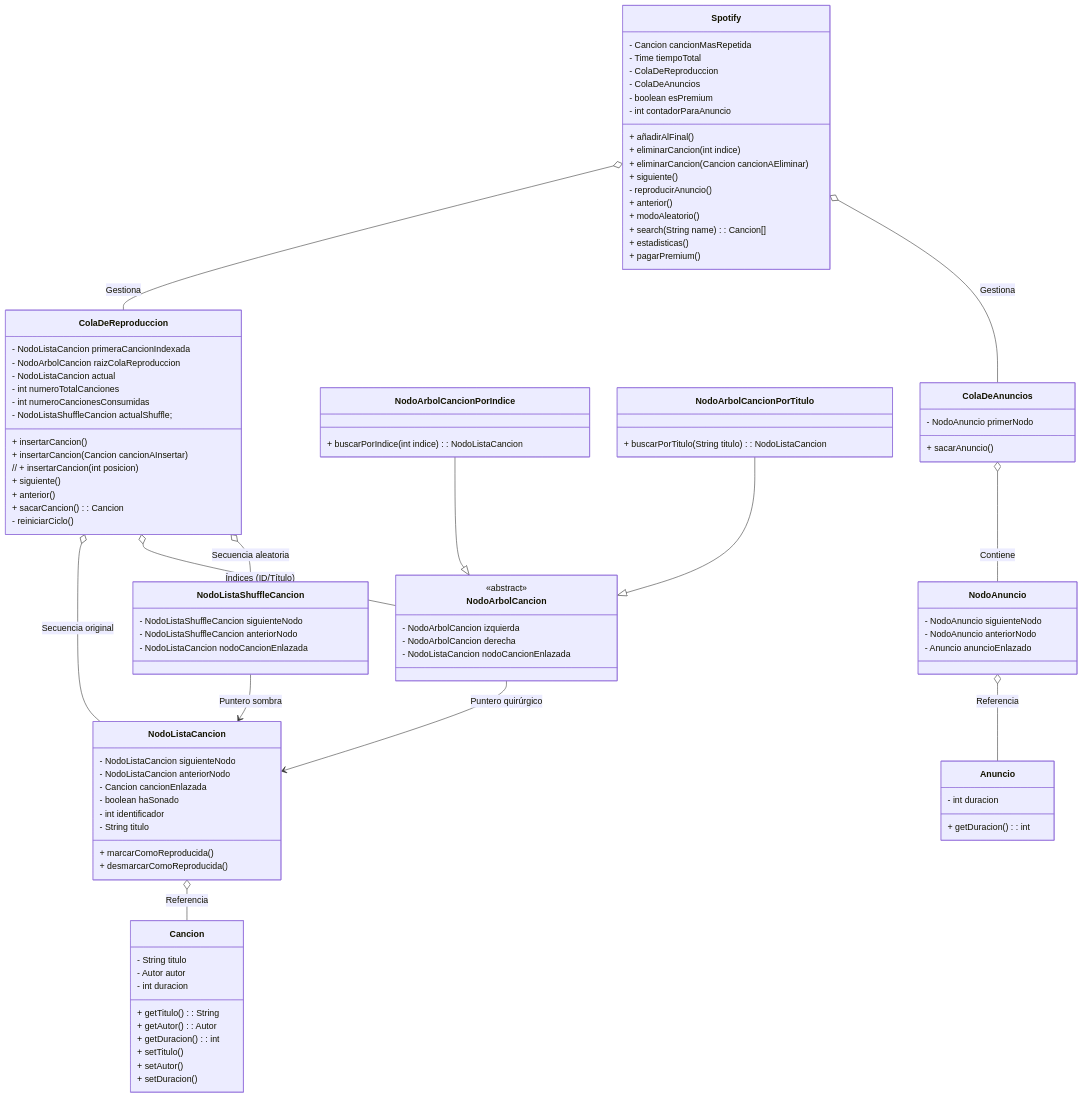
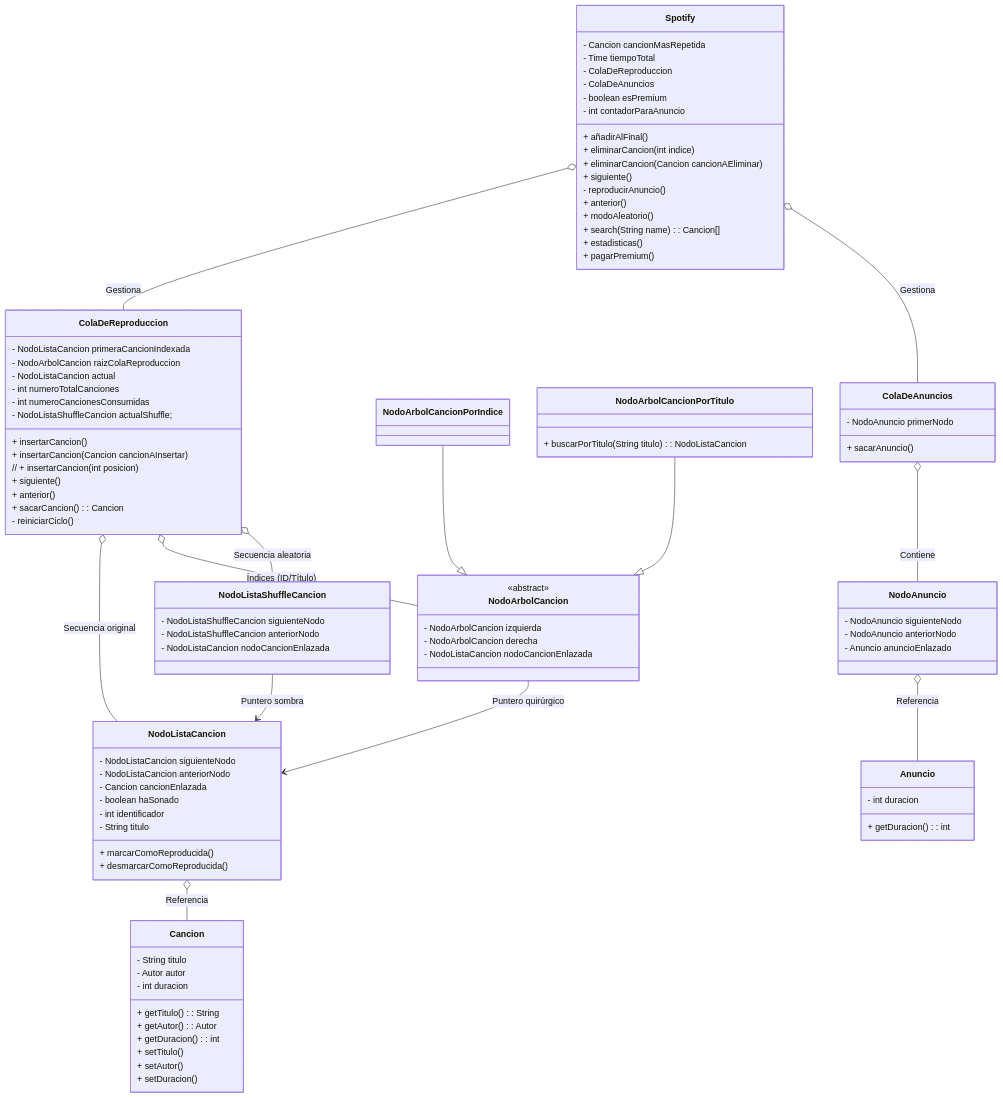
Before and after one commit to mmasias/25-26-EDA1: the diagram in entregas/lianoJavier/documentos/README.md, drawn with Mermaid.

```diff
--- a/entregas/lianoJavier/documentos/README.md
+++ b/entregas/lianoJavier/documentos/README.md
@@ -64,7 +64,7 @@
         }
 
         class NodoArbolCancionPorIndice {
-                + buscarPorIndice(int indice) : NodoListaCancion
+               
         }
 
         class NodoArbolCancionPorTitulo {
```
